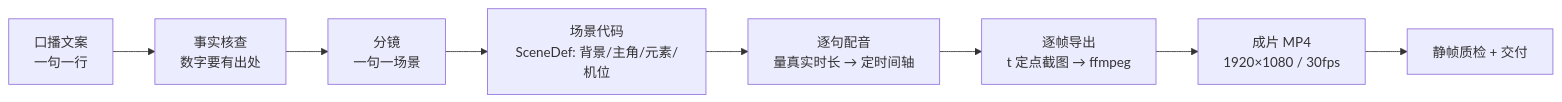
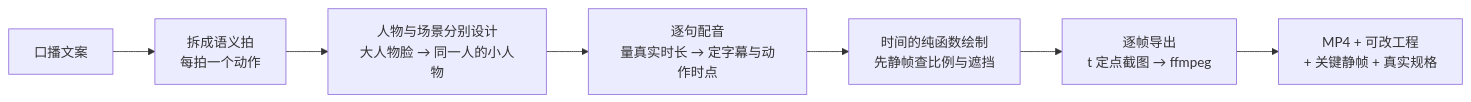
The diagram in README.md (HRuiCcc/RuiC-pixel-explainer), drawn with Mermaid before and after one commit. The commit also changed other lines of this file and 209 other files, not shown here.

````diff
--- a/README.md
+++ b/README.md
@@ -40,10 +31,9 @@
 ```mermaid
 flowchart LR
-  A[口播文案<br/>一句一行] --> B[事实核查<br/>数字要有出处]
-  B --> C[分镜<br/>一句一场景]
-  C --> D[场景代码<br/>SceneDef: 背景/主角/元素/机位]
-  D --> E[逐句配音<br/>量真实时长 → 定时间轴]
+  A[口播文案] --> B[拆成语义拍<br/>每拍一个动作]
+  B --> C[人物与场景分别设计<br/>大人物脸 → 同一人的小人物]
+  C --> D[逐句配音<br/>量真实时长 → 定字幕与动作时点]
+  D --> E[时间的纯函数绘制<br/>先静帧查比例与遮挡]
   E --> F[逐帧导出<br/>t 定点截图 → ffmpeg]
-  F --> G[成片 MP4<br/>1920×1080 / 30fps]
-  G --> H[静帧质检 + 交付]
+  F --> G[MP4 + 可改工程<br/>+ 关键静帧 + 真实规格]
 ```
````
